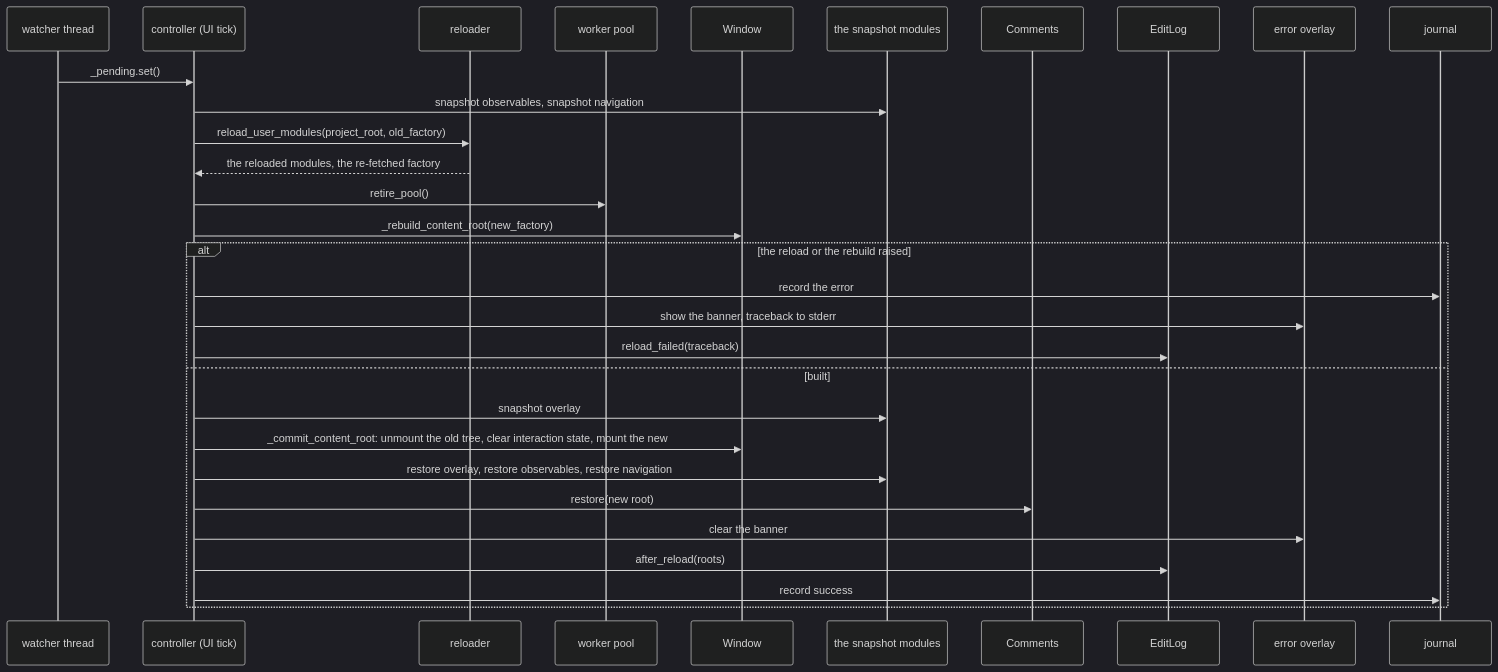
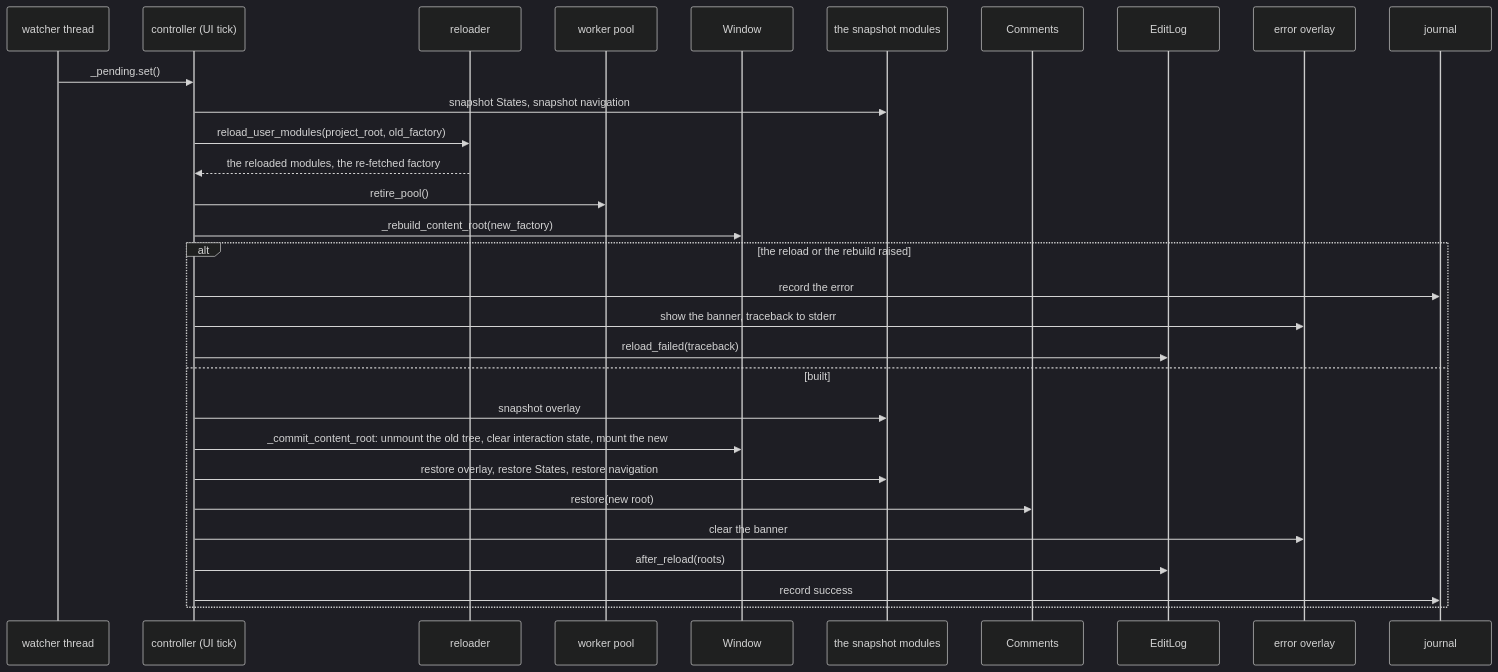
Before and after one commit to yuksblog/nuiitivet: the fifth of 7 diagrams in docs/design/HOT_RELOAD.md, drawn with Mermaid (dark theme). The commit also changed other lines of this file and 77 other files, not shown here.

````diff
--- a/docs/design/HOT_RELOAD.md
+++ b/docs/design/HOT_RELOAD.md
@@ -161,33 +161,33 @@
 ```mermaid
 sequenceDiagram
     participant F as watcher thread
     participant C as controller (UI tick)
     participant R as reloader
     participant P as worker pool
     participant W as Window
     participant Snap as the snapshot modules
     participant Cm as Comments
     participant L as EditLog
     participant E as error overlay
     participant J as journal
 
     F->>C: _pending.set()
-    C->>Snap: snapshot observables, snapshot navigation
+    C->>Snap: snapshot States, snapshot navigation
     C->>R: reload_user_modules(project_root, old_factory)
     R-->>C: the reloaded modules, the re-fetched factory
     C->>P: retire_pool()
     C->>W: _rebuild_content_root(new_factory)
     alt the reload or the rebuild raised
         C->>J: record the error
         C->>E: show the banner, traceback to stderr
         C->>L: reload_failed(traceback)
     else built
         C->>Snap: snapshot overlay
         C->>W: _commit_content_root: unmount the old tree, clear interaction state, mount the new
-        C->>Snap: restore overlay, restore observables, restore navigation
+        C->>Snap: restore overlay, restore States, restore navigation
         C->>Cm: restore(new root)
         C->>E: clear the banner
         C->>L: after_reload(roots)
         C->>J: record success
     end
 ```
````
